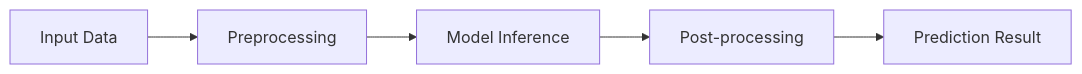
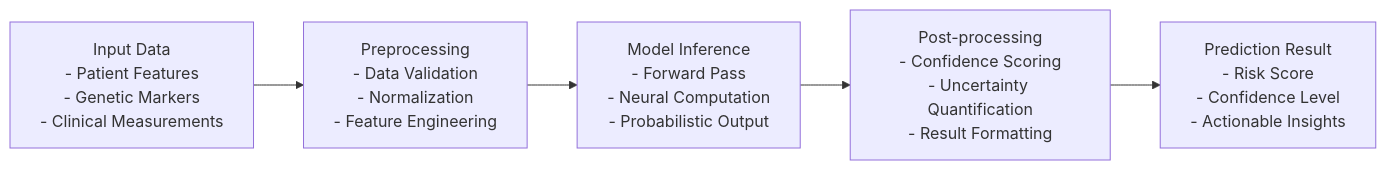
One commit to prathameshatkare/Final_Cystic_fibrosis_project changed the eighth of 17 diagrams in DIAGRAMS.md. Above: the diagram before and after it, drawn with Mermaid. The commit also changed other lines of this file, not shown here.

Commit message:
diagrams

````diff
--- a/DIAGRAMS.md
+++ b/DIAGRAMS.md
@@ -121,7 +157,7 @@
 ```mermaid
 graph LR
-    A[Input Data] --> B[Preprocessing]
-    B --> C[Model Inference]
-    C --> D[Post-processing]
-    D --> E[Prediction Result]
+    A[Input Data<br/>- Patient Features<br/>- Genetic Markers<br/>- Clinical Measurements] --> B[Preprocessing<br/>- Data Validation<br/>- Normalization<br/>- Feature Engineering]
+    B --> C[Model Inference<br/>- Forward Pass<br/>- Neural Computation<br/>- Probabilistic Output]
+    C --> D[Post-processing<br/>- Confidence Scoring<br/>- Uncertainty Quantification<br/>- Result Formatting]
+    D --> E[Prediction Result<br/>- Risk Score<br/>- Confidence Level<br/>- Actionable Insights]
 ```
````
